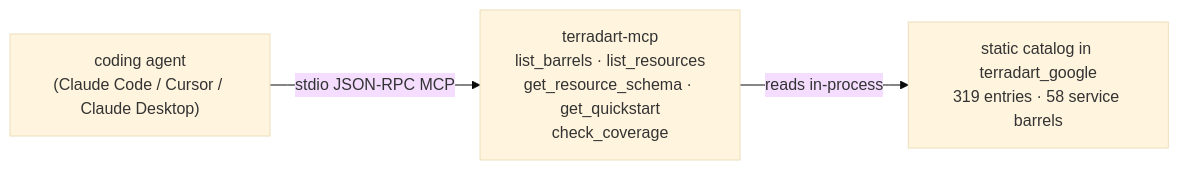
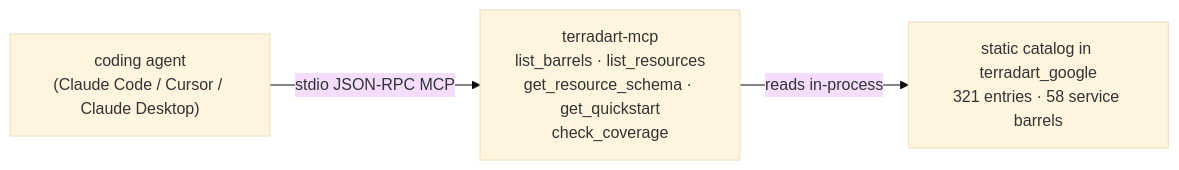
Before and after one commit to nozomi-koborinai/terradart: the diagram in website/src/content/docs/docs/agent/index.md, drawn with Mermaid (base theme). The commit also changed other lines of this file and 17 other files, not shown here.

````diff
--- a/website/src/content/docs/docs/agent/index.md
+++ b/website/src/content/docs/docs/agent/index.md
@@ -12,8 +12,8 @@
 ```mermaid
 graph LR
   agent["coding agent<br/>(Claude Code / Cursor / Claude Desktop)"]
   mcp["terradart-mcp<br/>list_barrels · list_resources<br/>get_resource_schema · get_quickstart<br/>check_coverage"]
-  catalog["static catalog in terradart_google<br/>319 entries · 58 service barrels"]
+  catalog["static catalog in terradart_google<br/>321 entries · 58 service barrels"]
   agent -->|stdio JSON-RPC MCP| mcp
   mcp -->|reads in-process| catalog
 ```
````
